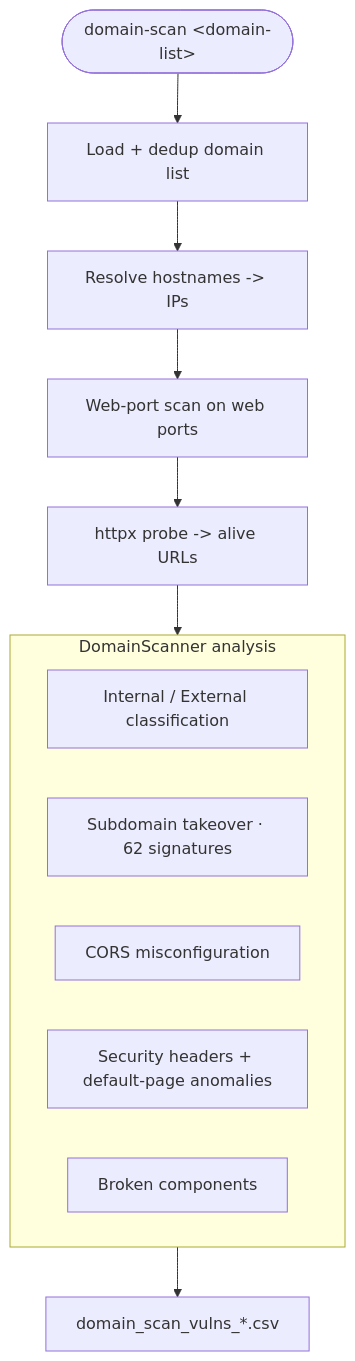
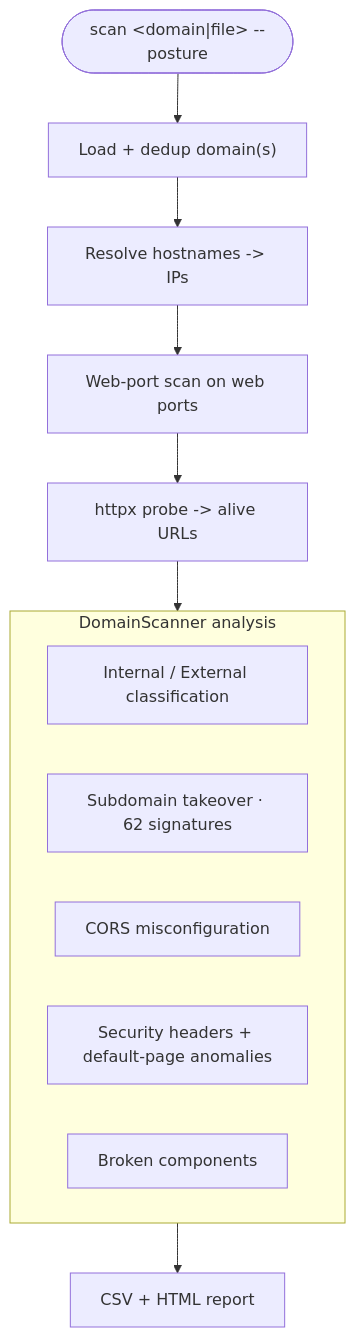
Before and after one commit to Bhanunamikaze/VaktScan: the third of 3 diagrams in README.md, drawn with Mermaid. The commit also changed other lines of this file and 2 other files, not shown here.

First line of the commit message:
refactor(cli): merge domain-scan into 'scan --posture'; remove the subcommand

````diff
--- a/README.md
+++ b/README.md
@@ -144,19 +146,19 @@
 ```mermaid
 flowchart TD
-    A(["domain-scan &lt;domain-list&gt;"]) --> L["Load + dedup domain list"]
+    A(["scan &lt;domain|file&gt; --posture"]) --> L["Load + dedup domain(s)"]
     L --> R["Resolve hostnames -> IPs"]
     R --> PS["Web-port scan on web ports"]
     PS --> HX["httpx probe -> alive URLs"]
     HX --> SCAN
 
     subgraph SCAN ["DomainScanner analysis"]
         direction LR
         CL["Internal / External classification"]
         TK["Subdomain takeover · 62 signatures"]
         CO["CORS misconfiguration"]
         HD["Security headers + default-page anomalies"]
         BC["Broken components"]
     end
 
-    SCAN --> OUT["domain_scan_vulns_*.csv"]
+    SCAN --> OUT["CSV + HTML report"]
 ```
````
